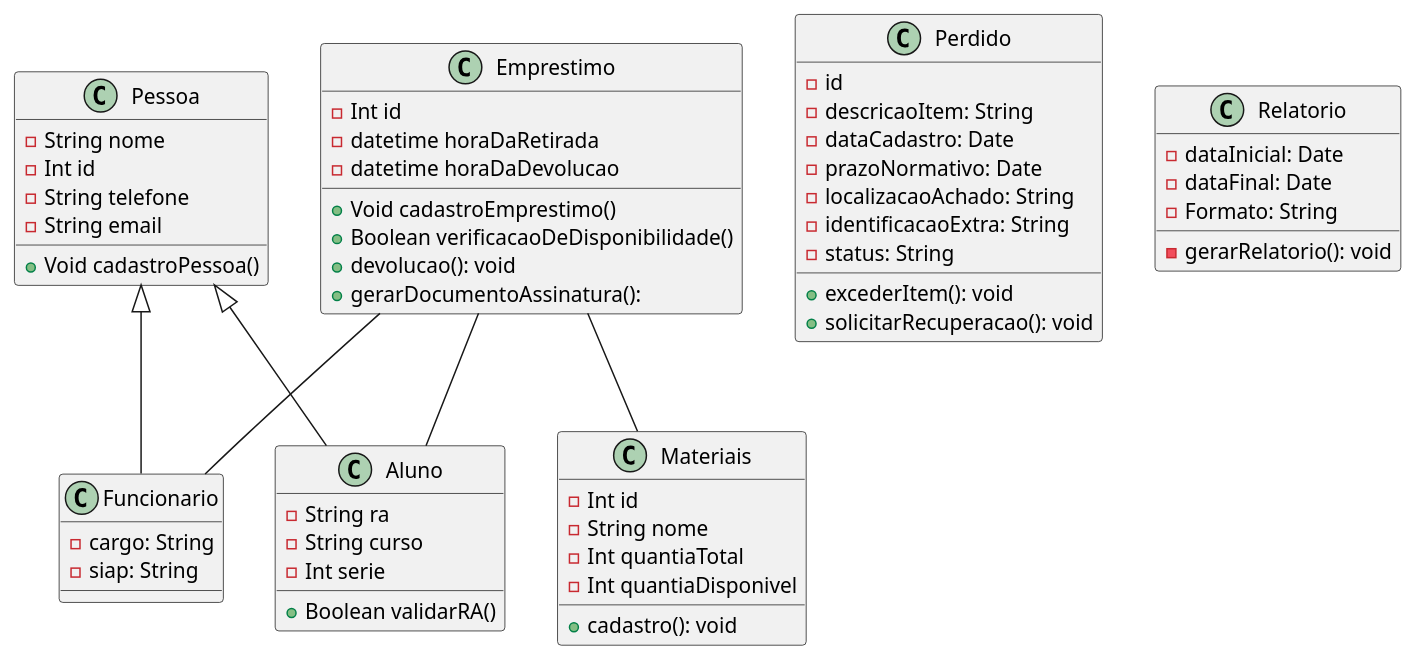
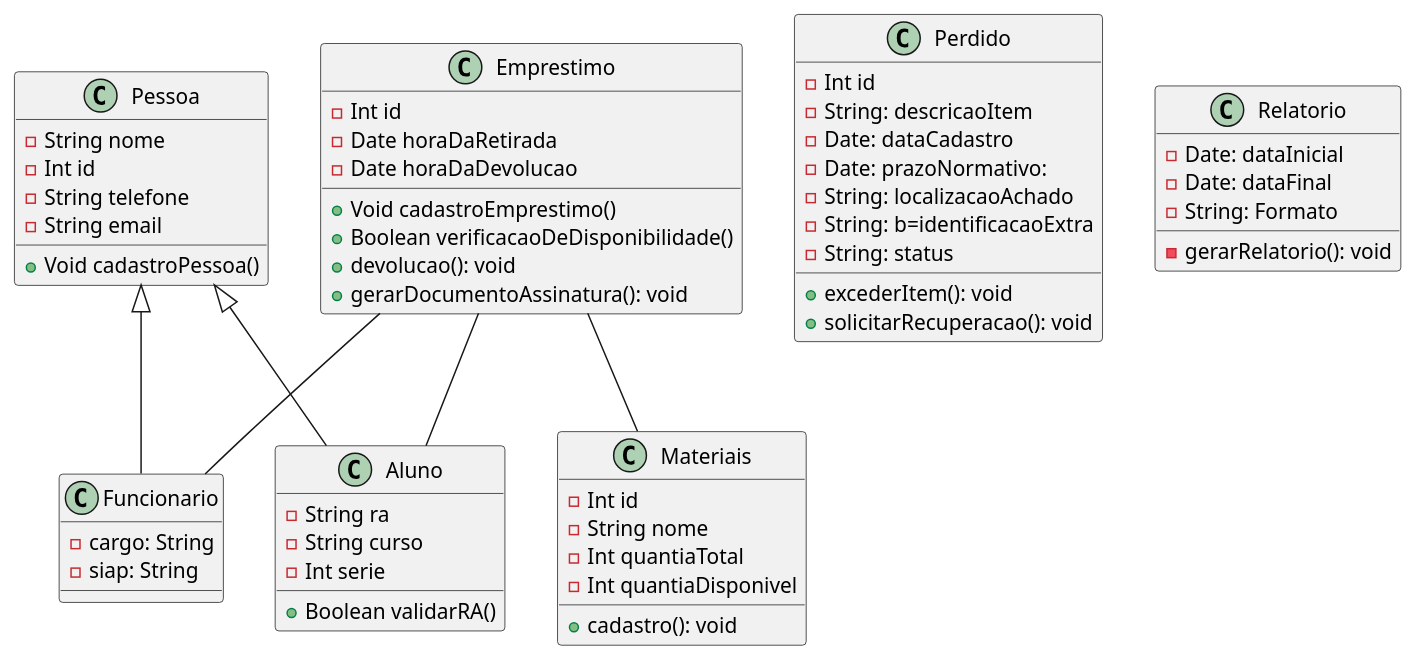
Before and after one commit to danielalvesmoura/APS-Compartilhado: the diagram in diagramaDeClasse.puml, drawn with PlantUML.

Commit message:
Formatação realizada

```diff
--- a/diagramaDeClasse.puml
+++ b/diagramaDeClasse.puml
@@ -1,72 +1,72 @@
 @startuml   
 
 class Pessoa { 
     -String nome
     -Int id
     -String telefone
     -String email
 
     +Void cadastroPessoa()
 }
  
 class Aluno {
     -String ra
     -String curso
     -Int serie
 
     +Boolean validarRA()
 }
 
 class Funcionario {
     -cargo: String
     -siap: String
 }
 
 class Materiais {
     -Int id
     -String nome
     -Int quantiaTotal
     -Int quantiaDisponivel
 
     +cadastro(): void
 }
 
 class Emprestimo{
     -Int id
-    -datetime horaDaRetirada
-    -datetime horaDaDevolucao
+    -Date horaDaRetirada
+    -Date horaDaDevolucao
 
     +Void cadastroEmprestimo()
     +Boolean verificacaoDeDisponibilidade()
     +devolucao(): void
-    +gerarDocumentoAssinatura(): 
+    +gerarDocumentoAssinatura(): void
 }
 
 class Perdido {
-    -id
-    -descricaoItem: String
-    -dataCadastro: Date
-    -prazoNormativo: Date
-    -localizacaoAchado: String
-    -identificacaoExtra: String
-    -status: String
+    -Int id
+    -String: descricaoItem
+    -Date: dataCadastro
+    -Date: prazoNormativo: 
+    -String: localizacaoAchado
+    -String: b=identificacaoExtra
+    -String: status
     +excederItem(): void
     +solicitarRecuperacao(): void
 }
 
 class Relatorio {
-    -dataInicial: Date
-    -dataFinal: Date
-    -Formato: String
+    -Date: dataInicial
+    -Date: dataFinal
+    -String: Formato
     -gerarRelatorio(): void
 }
 
 
 Pessoa <|-- Aluno
 Pessoa <|-- Funcionario
 Emprestimo -- Materiais
 Emprestimo -- Aluno
 Emprestimo -- Funcionario
 
 
 @enduml
```
